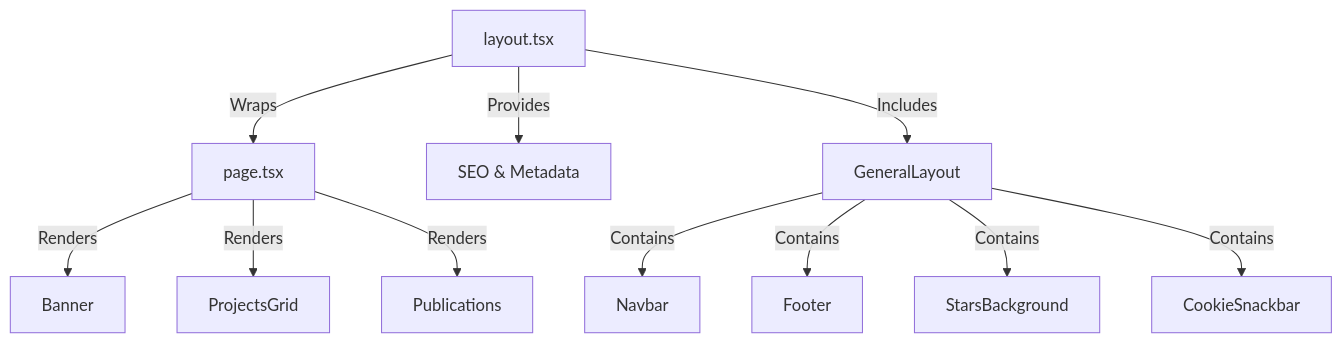
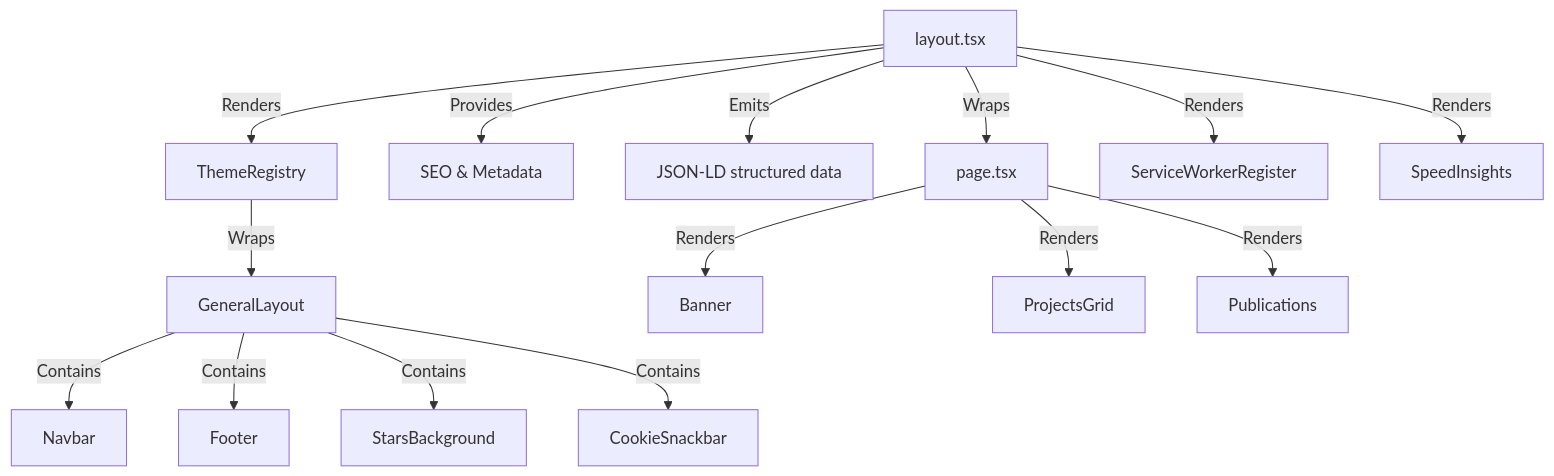
One commit to AlexJSully/AlexJSully-Portfolio changed the diagram in docs/architecture/app-directory.md. Above: the diagram before and after it, drawn with Mermaid. The commit also changed other lines of this file and 113 other files, not shown here.

````diff
--- a/docs/architecture/app-directory.md
+++ b/docs/architecture/app-directory.md
@@ -22,15 +22,19 @@
 ```mermaid
 flowchart TD
     accTitle: App Router Component Hierarchy
-    accDescr: Layout wraps all routes and provides metadata, includes GeneralLayout which contains Navbar, Footer, StarsBackground and CookieSnackbar. Page renders Banner, ProjectsGrid, and Publications
+    accDescr: layout.tsx wraps all routes, provides metadata and JSON-LD structured data, and renders ThemeRegistry, ServiceWorkerRegister, and SpeedInsights. ThemeRegistry wraps GeneralLayout, which contains Navbar, Footer, StarsBackground and CookieSnackbar. page.tsx renders Banner, ProjectsGrid, and Publications
     Layout[layout.tsx] -->|Wraps| Page[page.tsx]
     Layout -->|Provides| Metadata[SEO & Metadata]
-    Layout -->|Includes| GL[GeneralLayout]
+    Layout -->|Emits| JSONLD[JSON-LD structured data]
+    Layout -->|Renders| TR[ThemeRegistry]
+    Layout -->|Renders| SW[ServiceWorkerRegister]
+    Layout -->|Renders| SI[SpeedInsights]
+    TR -->|Wraps| GL[GeneralLayout]
     GL -->|Contains| Navbar
     GL -->|Contains| Footer
     GL -->|Contains| Stars[StarsBackground]
     GL -->|Contains| Cookie[CookieSnackbar]
     Page -->|Renders| Banner
     Page -->|Renders| Projects[ProjectsGrid]
     Page -->|Renders| Pubs[Publications]
 ```
````
